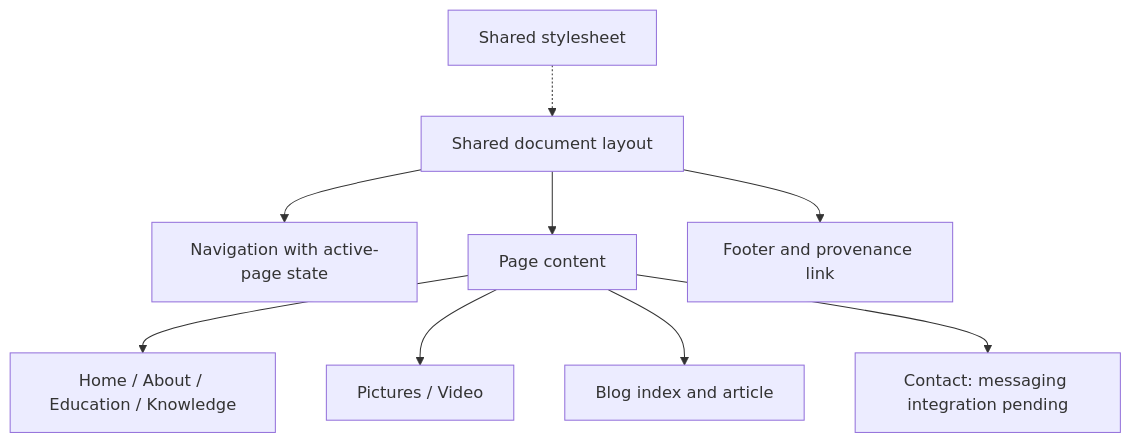
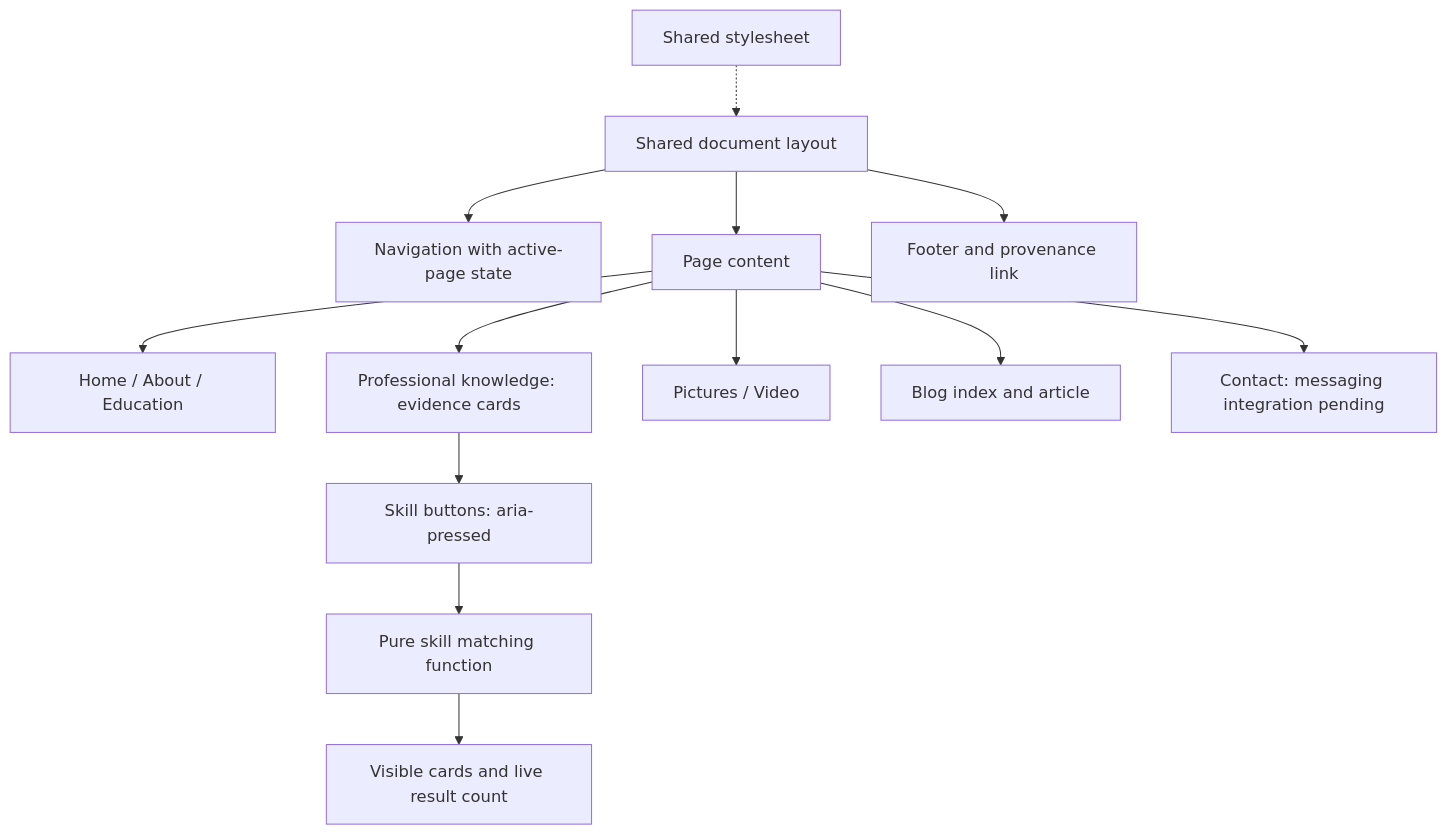
The second of 3 diagrams in 2026-27/SEM1/CS5709 - Software Engineering Evolution/Assignment 1/DESIGN.md (ChiragAgg5k/ul-university-notes), drawn with Mermaid before and after one commit. The commit also changed other lines of this file and 11 other files, not shown here.

````diff
--- a/2026-27/SEM1/CS5709 - Software Engineering Evolution/Assignment 1/DESIGN.md
+++ b/2026-27/SEM1/CS5709 - Software Engineering Evolution/Assignment 1/DESIGN.md
@@ -27,11 +30,15 @@
 ```mermaid
 flowchart TD
   Layout[Shared document layout] --> Nav[Navigation with active-page state]
   Layout --> Main[Page content]
   Layout --> Footer[Footer and provenance link]
-  Main --> Profile[Home / About / Education / Knowledge]
+  Main --> Profile[Home / About / Education]
+  Main --> Knowledge[Professional knowledge: evidence cards]
+  Knowledge --> Controls[Skill buttons: aria-pressed]
+  Controls --> Matching[Pure skill matching function]
+  Matching --> Status[Visible cards and live result count]
   Main --> Media[Pictures / Video]
   Main --> Blog[Blog index and article]
   Main --> Contact[Contact: messaging integration pending]
   Styles[Shared stylesheet] -.-> Layout
 ```
````
